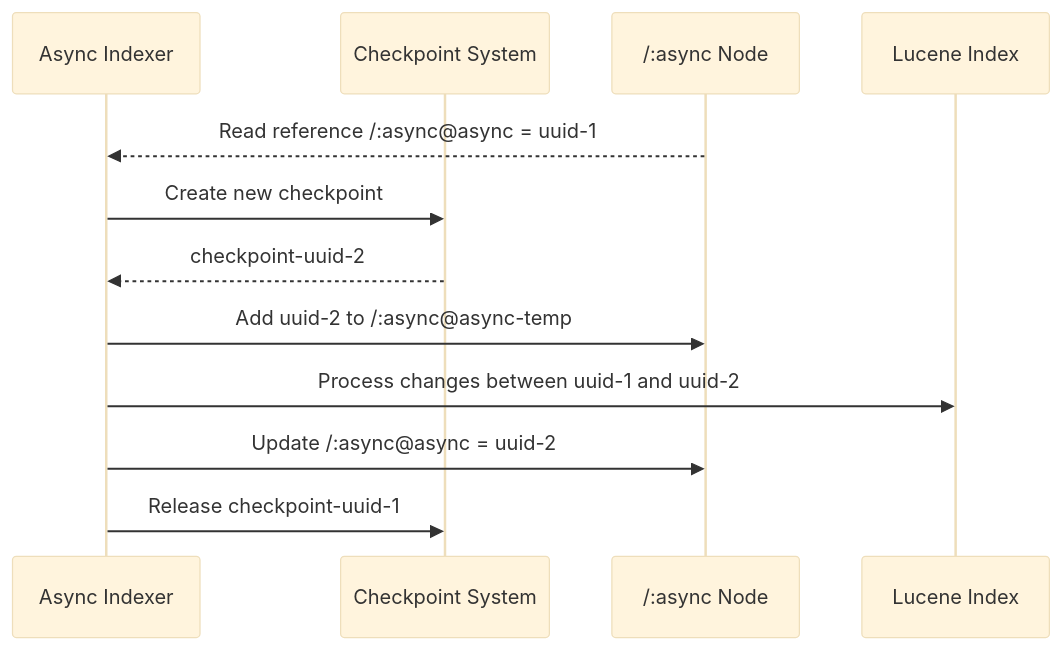
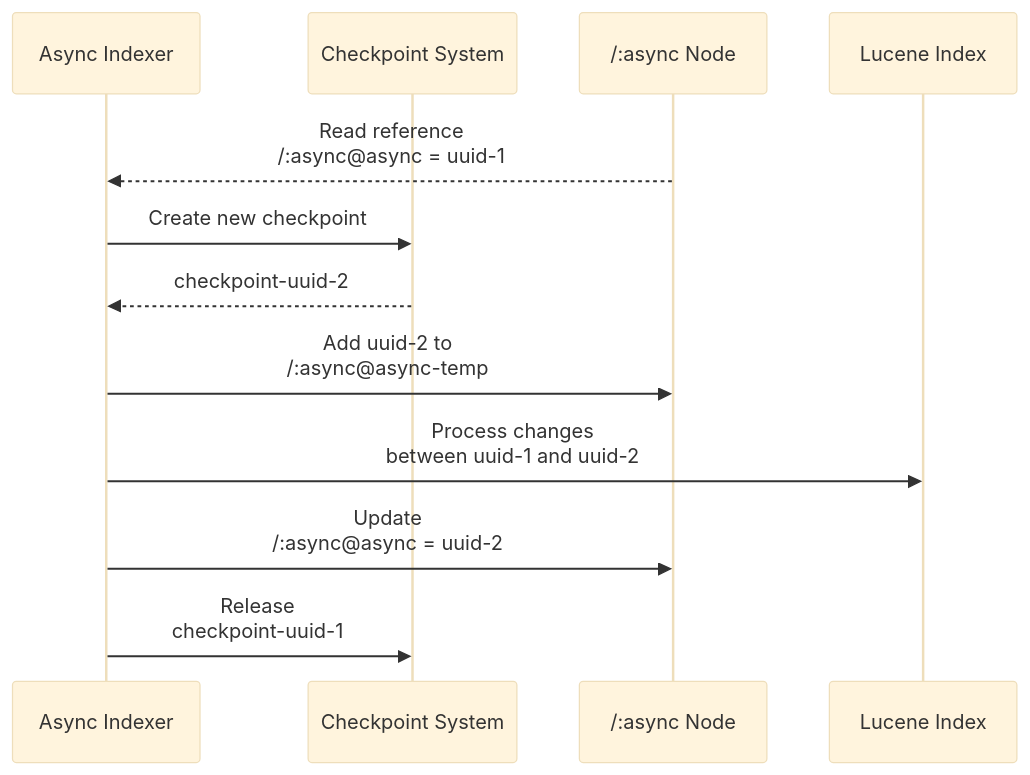
Before and after one commit to somarc/oak-magnum-oakus: the diagram in docs/checkpoints/async-indexing.md, drawn with Mermaid (base theme). The commit also changed 24 other files, not shown here.

````diff
--- a/docs/checkpoints/async-indexing.md
+++ b/docs/checkpoints/async-indexing.md
@@ -7,15 +7,15 @@
 ```mermaid
 sequenceDiagram
     participant Indexer as Async Indexer
     participant CP as Checkpoint System
     participant Async as /:async Node
     participant Index as Lucene Index
     
-    Async-->>Indexer: Read reference /:async@async = uuid-1
+    Async-->>Indexer: Read reference<br/>/:async@async = uuid-1
     Indexer->>CP: Create new checkpoint
     CP-->>Indexer: checkpoint-uuid-2
-    Indexer->>Async: Add uuid-2 to /:async@async-temp
-    Indexer->>Index: Process changes between uuid-1 and uuid-2
-    Indexer->>Async: Update /:async@async = uuid-2
-    Indexer->>CP: Release checkpoint-uuid-1
+    Indexer->>Async: Add uuid-2 to<br/>/:async@async-temp
+    Indexer->>Index: Process changes<br/>between uuid-1 and uuid-2
+    Indexer->>Async: Update<br/>/:async@async = uuid-2
+    Indexer->>CP: Release<br/>checkpoint-uuid-1
 ```
````
